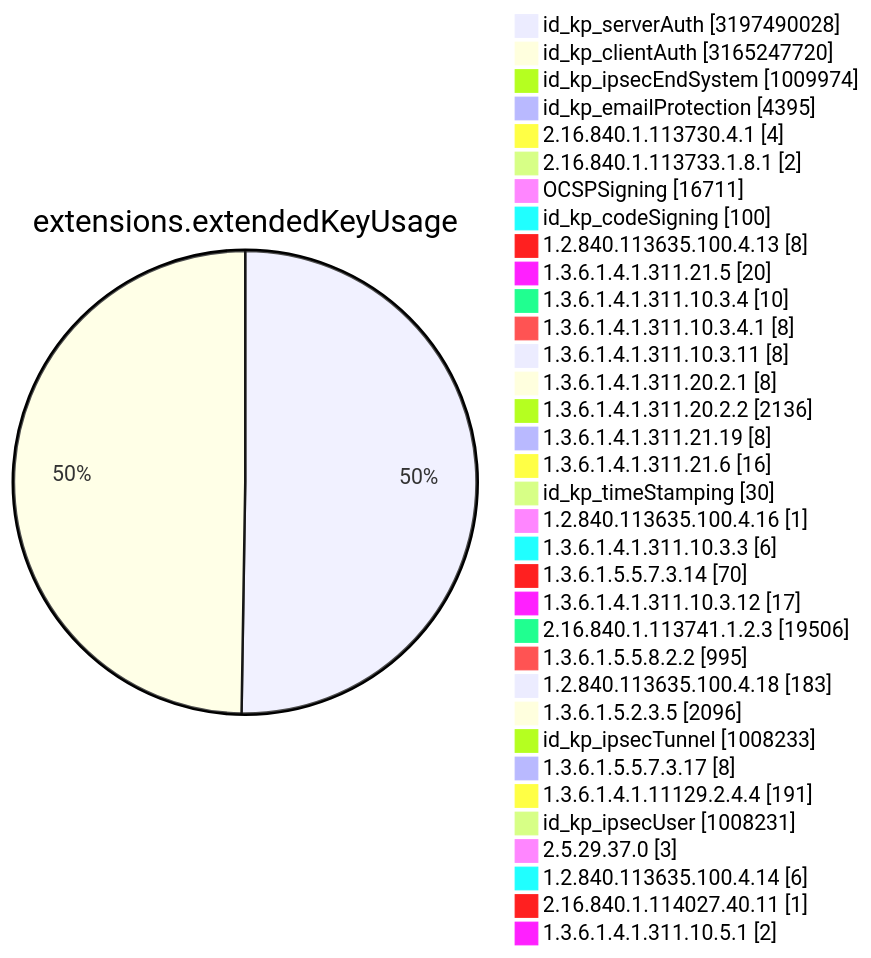
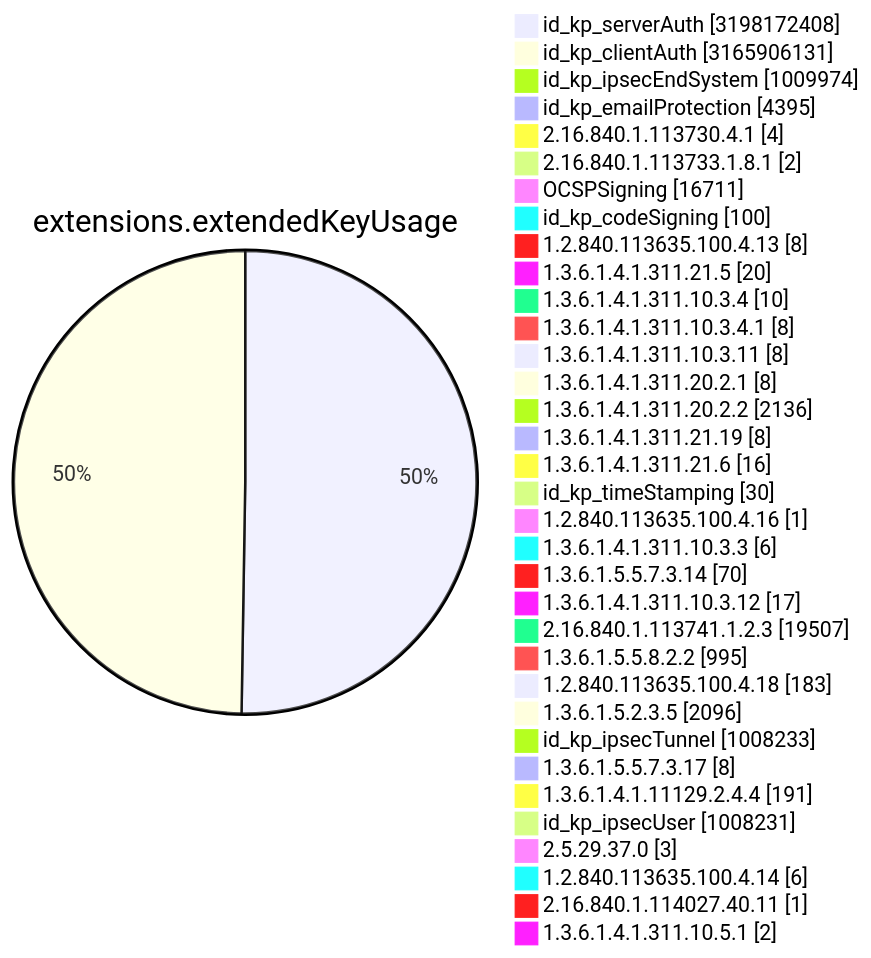
Diagram 11 of 15 in TOTAL/README.md (christiankrug/ctmonitor_visualization), drawn with Mermaid before and after one commit. The commit also changed other lines of this file, not shown here.

````diff
--- a/TOTAL/README.md
+++ b/TOTAL/README.md
@@ -4119,38 +4119,38 @@
 ```mermaid
 pie showData
 title extensions.extendedKeyUsage
-"id_kp_serverAuth" :3197490028
-"id_kp_clientAuth" :3165247720
+"id_kp_serverAuth" :3198172408
+"id_kp_clientAuth" :3165906131
 "id_kp_ipsecEndSystem" :1009974
 "id_kp_emailProtection" :4395
 "2.16.840.1.113730.4.1" :4
 "2.16.840.1.113733.1.8.1" :2
 "OCSPSigning" :16711
 "id_kp_codeSigning" :100
 "1.2.840.113635.100.4.13" :8
 "1.3.6.1.4.1.311.21.5" :20
 "1.3.6.1.4.1.311.10.3.4" :10
 "1.3.6.1.4.1.311.10.3.4.1" :8
 "1.3.6.1.4.1.311.10.3.11" :8
 "1.3.6.1.4.1.311.20.2.1" :8
 "1.3.6.1.4.1.311.20.2.2" :2136
 "1.3.6.1.4.1.311.21.19" :8
 "1.3.6.1.4.1.311.21.6" :16
 "id_kp_timeStamping" :30
 "1.2.840.113635.100.4.16" :1
 "1.3.6.1.4.1.311.10.3.3" :6
 "1.3.6.1.5.5.7.3.14" :70
 "1.3.6.1.4.1.311.10.3.12" :17
-"2.16.840.1.113741.1.2.3" :19506
+"2.16.840.1.113741.1.2.3" :19507
 "1.3.6.1.5.5.8.2.2" :995
 "1.2.840.113635.100.4.18" :183
 "1.3.6.1.5.2.3.5" :2096
 "id_kp_ipsecTunnel" :1008233
 "1.3.6.1.5.5.7.3.17" :8
 "1.3.6.1.4.1.11129.2.4.4" :191
 "id_kp_ipsecUser" :1008231
 "2.5.29.37.0" :3
 "1.2.840.113635.100.4.14" :6
 "2.16.840.1.114027.40.11" :1
 "1.3.6.1.4.1.311.10.5.1" :2
 ```
````
